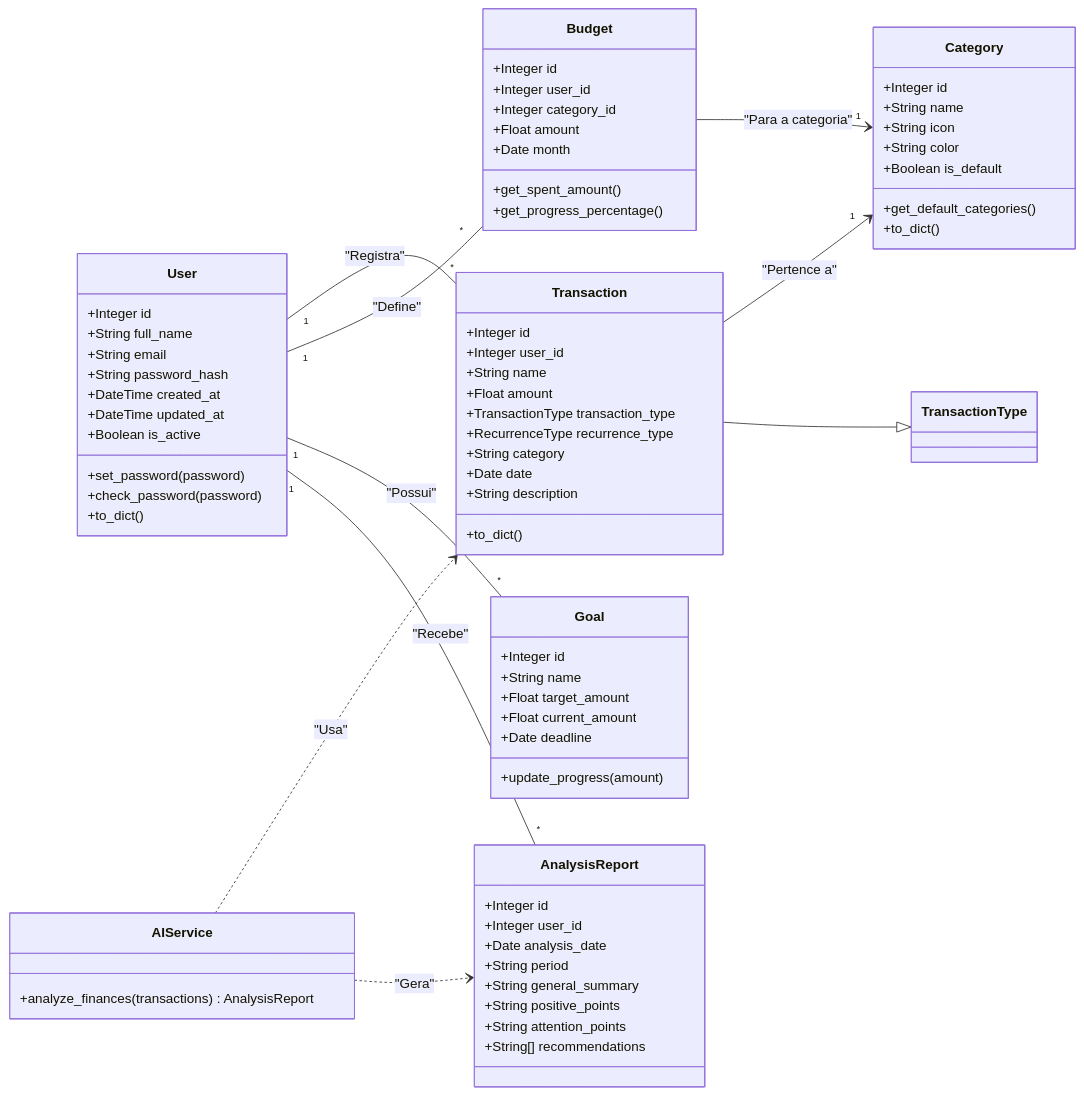
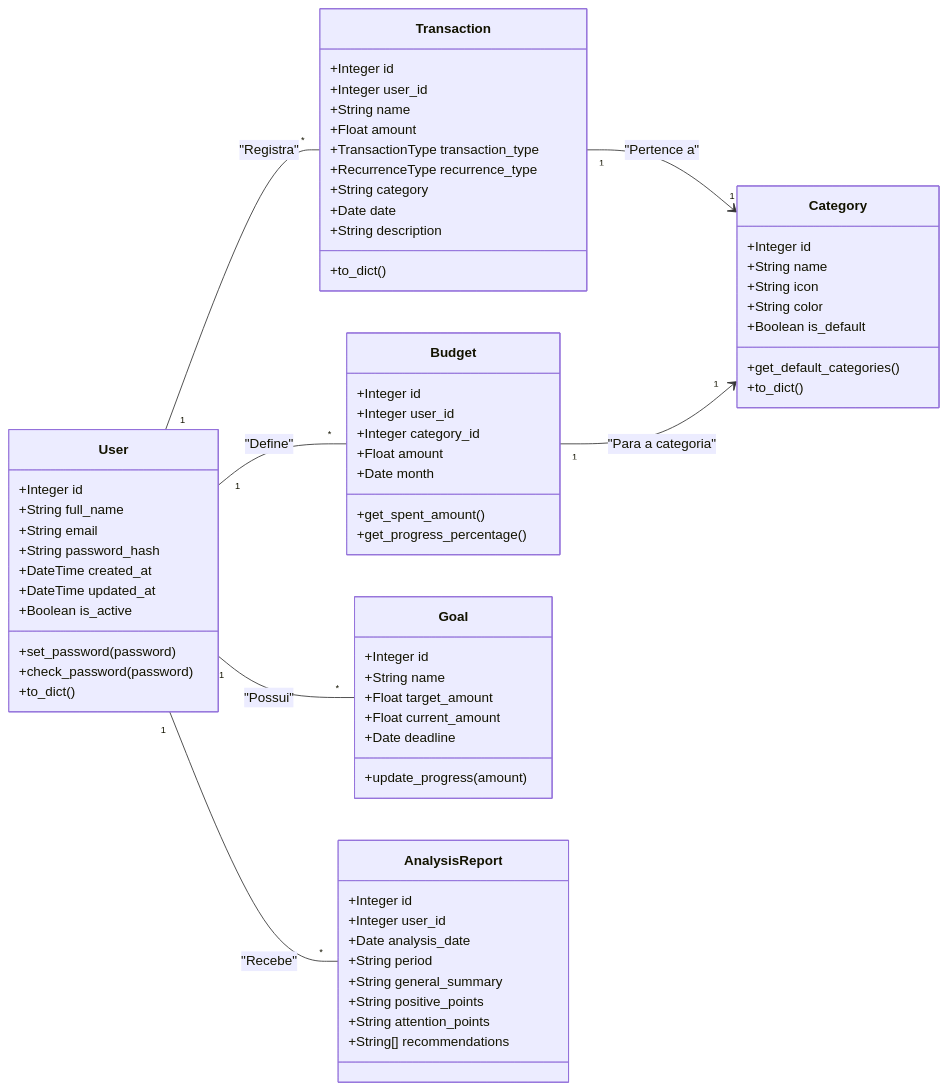
The diagram in README.md (AntFe/CashMind---FrontEnd), drawn with Mermaid before and after one commit.

Commit message:
ajustando uml

````diff
--- a/README.md
+++ b/README.md
@@ -116,20 +116,13 @@
         +String[] recommendations
     }
 
-    class AIService {
-        +analyze_finances(transactions) AnalysisReport
-    }
-
     User "1" -- " *" Transaction : "Registra"
     User "1" -- " *" Budget : "Define"
     User "1" -- " *" Goal : "Possui"
     User "1" -- " *" AnalysisReport : "Recebe"
 
-    Transaction --> "1" Category : "Pertence a"
-    Transaction --|> TransactionType
+    Transaction "1" --> "1" Category : "Pertence a"
 
-    Budget --> "1" Category : "Para a categoria"
+    Budget "1" --> "1" Category : "Para a categoria"
 
-    AIService ..> Transaction : "Usa"
-    AIService ..> AnalysisReport : "Gera"
 ```
````
